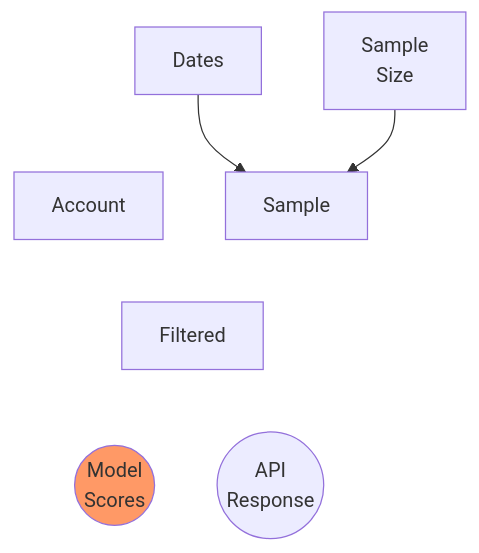
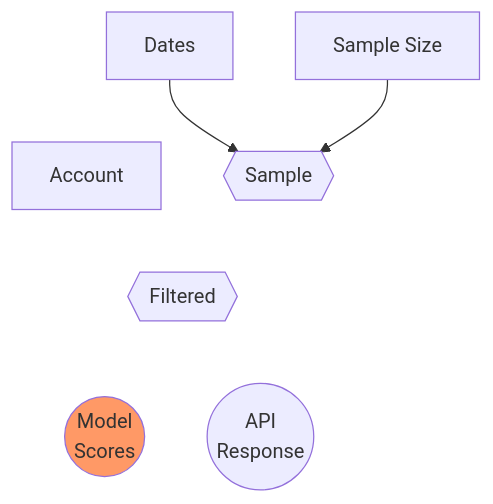
Before and after one commit to gshotwell/shiny-algorithm: diagram 12 of 16 in _reactive-calc.qmd, drawn with Mermaid. The commit also changed other lines of this file, not shown here.

````diff
--- a/_reactive-calc.qmd
+++ b/_reactive-calc.qmd
@@ -169,13 +169,13 @@
 ```{mermaid}
 %%| fig-width: 4
 flowchart TD
-  D[Dates] --> Sa[Sample]
-  S[Sample\nSize] --> Sa
+  D[Dates] --> Sa{{Sample}}
+  S[Sample Size] --> Sa
   A[Account]  --> F
-  Sa --> F[Filtered]
+  Sa --> F{{Filtered}}
   F --> P2((Model\nScores)):::changed
   F --> P1((API\nResponse))
   
   classDef changed fill:#f96
   linkStyle 2,3,4,5 display:none
 ```
````
